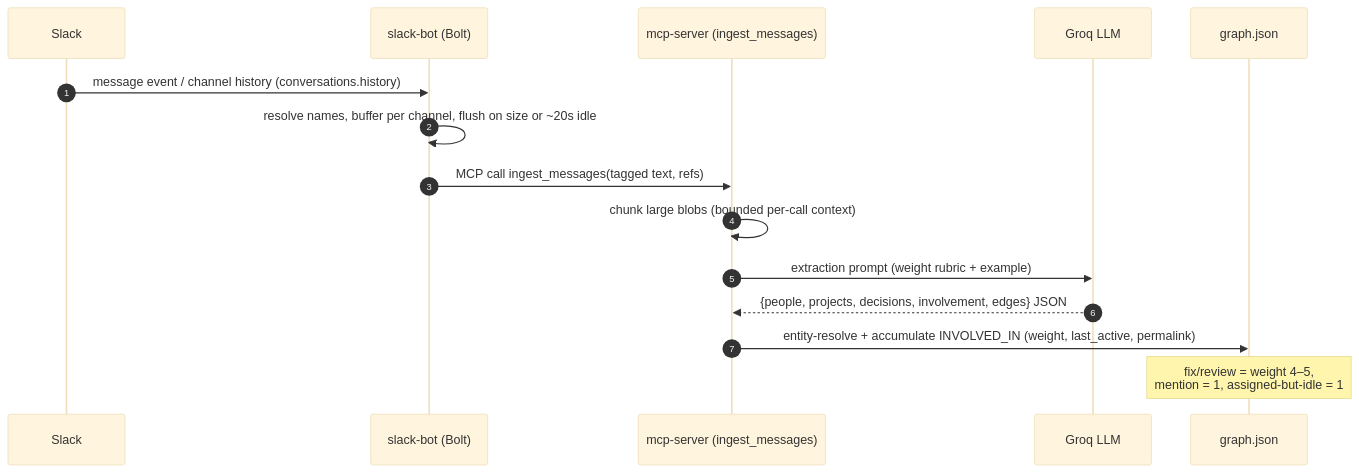
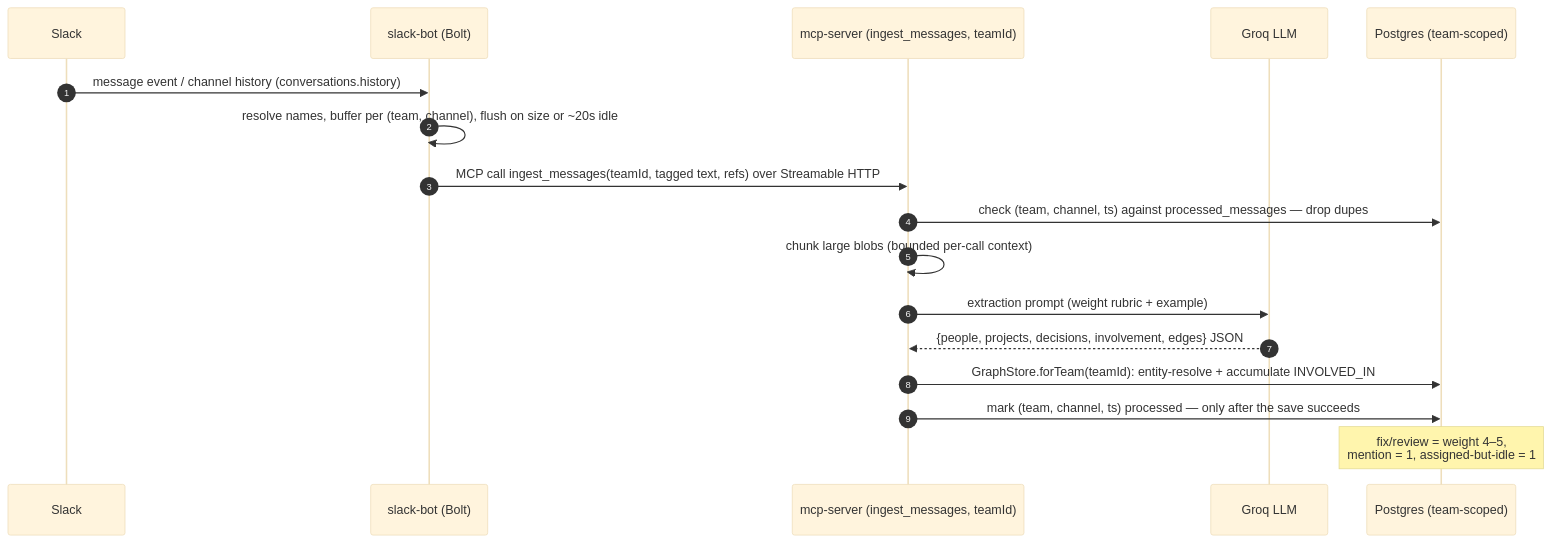
One commit to srijan399/se3k changed the second of 8 diagrams in TECHNICAL_ARCHITECTURE.md. Above: the diagram before and after it, drawn with Mermaid (base theme). The commit also changed other lines of this file and 58 other files, not shown here.

````diff
--- a/TECHNICAL_ARCHITECTURE.md
+++ b/TECHNICAL_ARCHITECTURE.md
@@ -64,18 +67,20 @@
 ```mermaid
 sequenceDiagram
   autonumber
   participant S as Slack
   participant B as slack-bot (Bolt)
-  participant M as mcp-server (ingest_messages)
+  participant M as mcp-server (ingest_messages, teamId)
   participant L as Groq LLM
-  participant G as graph.json
+  participant D as Postgres (team-scoped)
 
   S->>B: message event / channel history (conversations.history)
-  B->>B: resolve names, buffer per channel, flush on size or ~20s idle
-  B->>M: MCP call ingest_messages(tagged text, refs)
+  B->>B: resolve names, buffer per (team, channel), flush on size or ~20s idle
+  B->>M: MCP call ingest_messages(teamId, tagged text, refs) over Streamable HTTP
+  M->>D: check (team, channel, ts) against processed_messages — drop dupes
   M->>M: chunk large blobs (bounded per-call context)
   M->>L: extraction prompt (weight rubric + example)
   L-->>M: {people, projects, decisions, involvement, edges} JSON
-  M->>G: entity-resolve + accumulate INVOLVED_IN (weight, last_active, permalink)
-  Note over G: fix/review = weight 4–5,<br/>mention = 1, assigned-but-idle = 1
+  M->>D: GraphStore.forTeam(teamId): entity-resolve + accumulate INVOLVED_IN
+  M->>D: mark (team, channel, ts) processed — only after the save succeeds
+  Note over D: fix/review = weight 4–5,<br/>mention = 1, assigned-but-idle = 1
 ```
````
